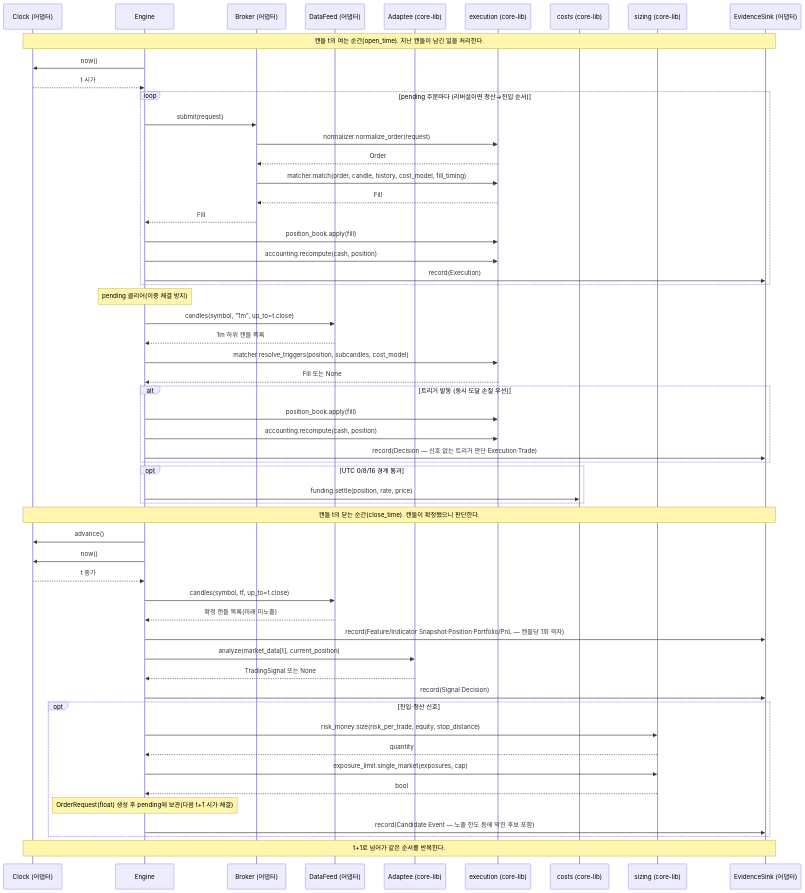
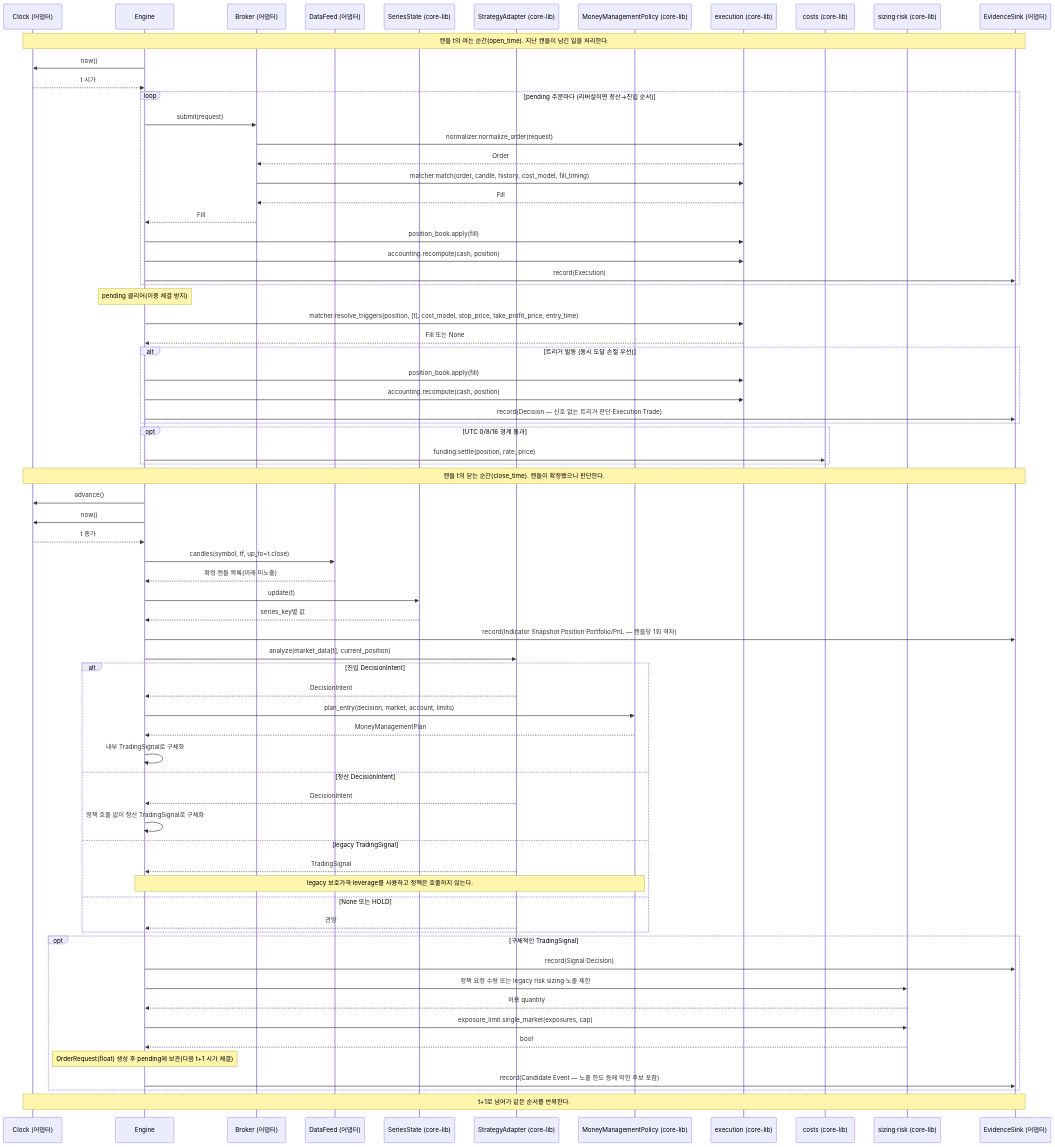
One commit to vessel35/trading-system-v2 changed diagram 28 of 38 in docs/fullspec/backtest_v2_detailed_design.md. Above: the diagram before and after it, drawn with Mermaid. The commit also changed other lines of this file and 1 other file, not shown here.

````diff
--- a/docs/fullspec/backtest_v2_detailed_design.md
+++ b/docs/fullspec/backtest_v2_detailed_design.md
@@ -2986,58 +3531,73 @@
 ```mermaid
 sequenceDiagram
     participant CLK as Clock (어댑터)
     participant ENG as Engine
     participant BR as Broker (어댑터)
     participant DF as DataFeed (어댑터)
-    participant AD as Adaptee (core-lib)
+    participant SER as SeriesState (core-lib)
+    participant AD as StrategyAdapter (core-lib)
+    participant MM as MoneyManagementPolicy (core-lib)
     participant EX as execution (core-lib)
     participant CST as costs (core-lib)
-    participant SIZ as sizing (core-lib)
+    participant SIZ as sizing·risk (core-lib)
     participant EV as EvidenceSink (어댑터)
     Note over CLK,EV: 캔들 t의 여는 순간(open_time). 지난 캔들이 남긴 일을 처리한다.
     ENG->>CLK: now()
     CLK-->>ENG: t 시가
     loop pending 주문마다 (리버설이면 청산→진입 순서)
         ENG->>BR: submit(request)
         BR->>EX: normalizer.normalize_order(request)
         EX-->>BR: Order
         BR->>EX: matcher.match(order, candle, history, cost_model, fill_timing)
         EX-->>BR: Fill
         BR-->>ENG: Fill
         ENG->>EX: position_book.apply(fill)
         ENG->>EX: accounting.recompute(cash, position)
         ENG->>EV: record(Execution)
     end
     Note over ENG: pending 클리어(이중 체결 방지)
-    ENG->>DF: candles(symbol, "1m", up_to=t.close)
-    DF-->>ENG: 1m 하위 캔들 목록
-    ENG->>EX: matcher.resolve_triggers(position, subcandles, cost_model)
+    ENG->>EX: matcher.resolve_triggers(position, [t], cost_model, stop_price, take_profit_price, entry_time)
     EX-->>ENG: Fill 또는 None
     alt 트리거 발동 (동시 도달 손절 우선)
         ENG->>EX: position_book.apply(fill)
         ENG->>EX: accounting.recompute(cash, position)
         ENG->>EV: record(Decision — 신호 없는 트리거 판단·Execution·Trade)
     end
     opt UTC 0/8/16 경계 통과
         ENG->>CST: funding.settle(position, rate, price)
     end
     Note over CLK,EV: 캔들 t의 닫는 순간(close_time). 캔들이 확정됐으니 판단한다.
     ENG->>CLK: advance()
     ENG->>CLK: now()
     CLK-->>ENG: t 종가
     ENG->>DF: candles(symbol, tf, up_to=t.close)
     DF-->>ENG: 확정 캔들 목록(미래 미노출)
-    ENG->>EV: record(Feature/Indicator Snapshot·Position·Portfolio/PnL — 캔들당 1회 격자)
+    ENG->>SER: update(t)
+    SER-->>ENG: series_key별 값
+    ENG->>EV: record(Indicator Snapshot·Position·Portfolio/PnL — 캔들당 1회 격자)
     ENG->>AD: analyze(market_data[t], current_position)
-    AD-->>ENG: TradingSignal 또는 None
-    ENG->>EV: record(Signal·Decision)
-    opt 진입·청산 신호
-        ENG->>SIZ: risk_money.size(risk_per_trade, equity, stop_distance)
-        SIZ-->>ENG: quantity
+    alt 진입 DecisionIntent
+        AD-->>ENG: DecisionIntent
+        ENG->>MM: plan_entry(decision, market, account, limits)
+        MM-->>ENG: MoneyManagementPlan
+        ENG->>ENG: 내부 TradingSignal로 구체화
+    else 청산 DecisionIntent
+        AD-->>ENG: DecisionIntent
+        ENG->>ENG: 정책 호출 없이 청산 TradingSignal로 구체화
+    else legacy TradingSignal
+        AD-->>ENG: TradingSignal
+        Note over ENG,MM: legacy 보호가격·leverage를 사용하고 정책은 호출하지 않는다.
+    else None 또는 HOLD
+        AD-->>ENG: 관망
+    end
+    opt 구체적인 TradingSignal
+        ENG->>EV: record(Signal·Decision)
+        ENG->>SIZ: 정책 요청 수량 또는 legacy risk sizing·노출 제한
+        SIZ-->>ENG: 허용 quantity
         ENG->>SIZ: exposure_limit.single_market(exposures, cap)
         SIZ-->>ENG: bool
         Note over ENG: OrderRequest(float) 생성 후 pending에 보관(다음 t+1 시가 체결)
         ENG->>EV: record(Candidate Event — 노출 한도 등에 막힌 후보 포함)
     end
     Note over CLK,EV: t+1로 넘어가 같은 순서를 반복한다.
 ```
````
